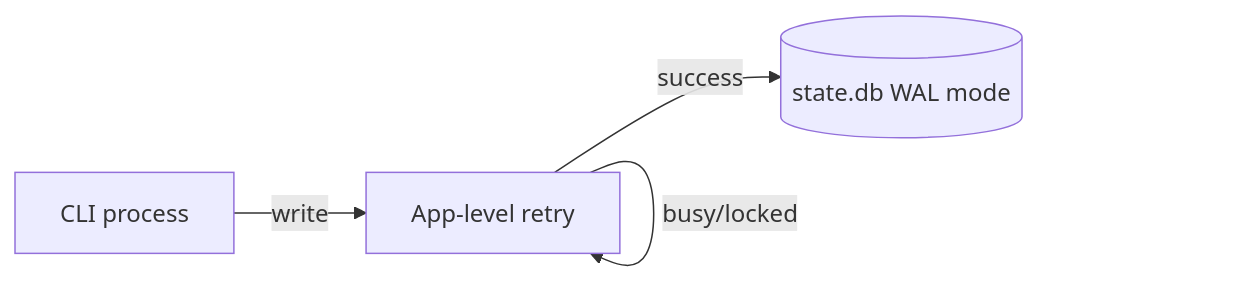
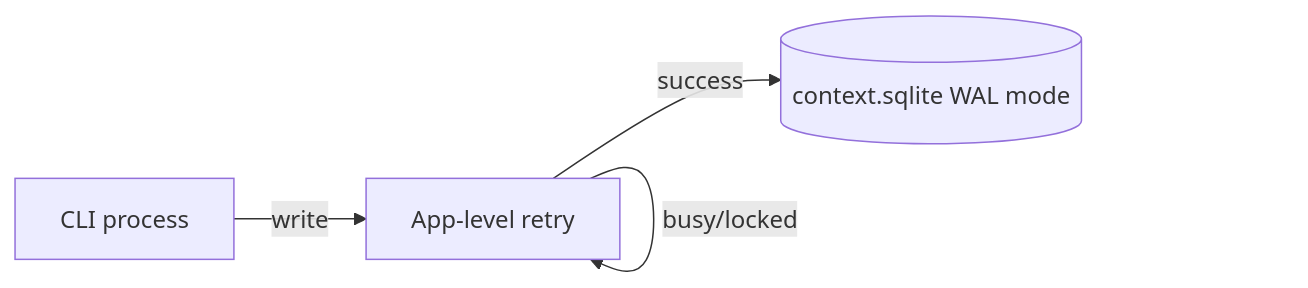
One commit to HappyLadySauce/HappyLadySauceCLI changed the diagram in docs/context/sessions.md. Above: the diagram before and after it, drawn with Mermaid. The commit also changed other lines of this file and 20 other files, not shown here.

````diff
--- a/docs/context/sessions.md
+++ b/docs/context/sessions.md
@@ -148,10 +148,10 @@
 ```mermaid
 flowchart LR
     cli[CLI process]
-    db[(state.db WAL mode)]
+    db[(context.sqlite WAL mode)]
     retry[App-level retry]
 
     cli -->|write| retry
     retry -->|busy/locked| retry
     retry -->|success| db
 ```
````
